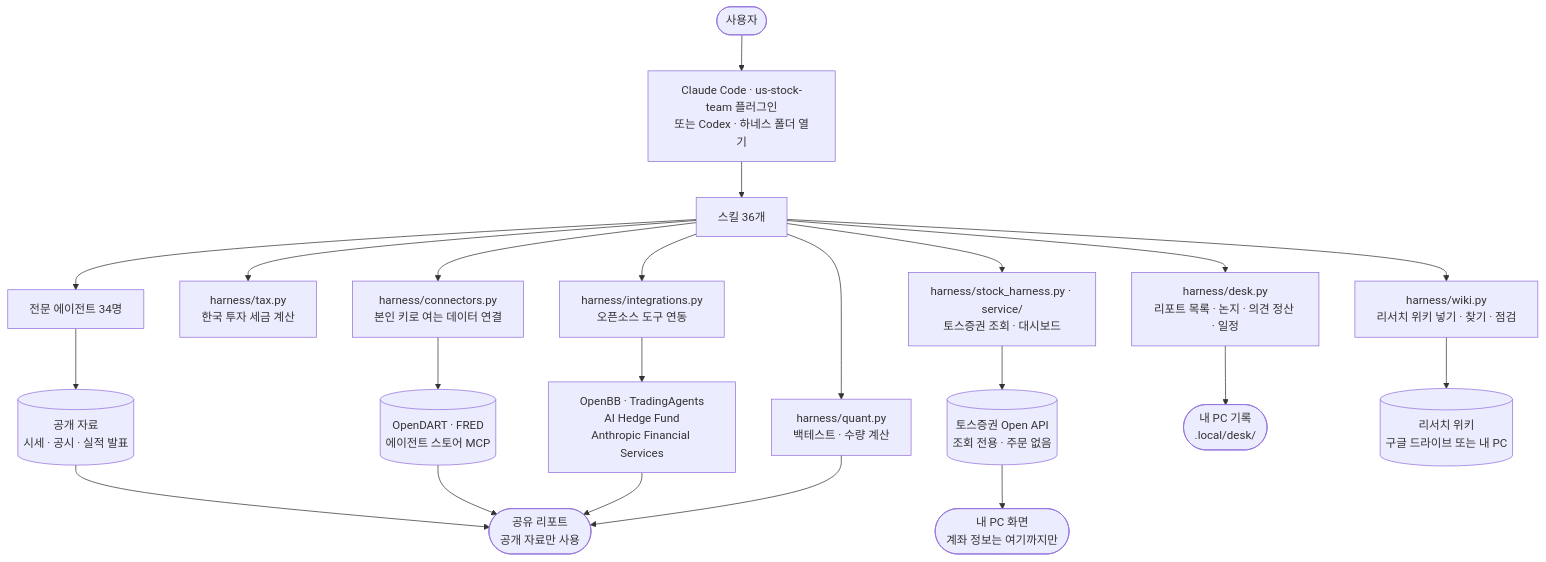
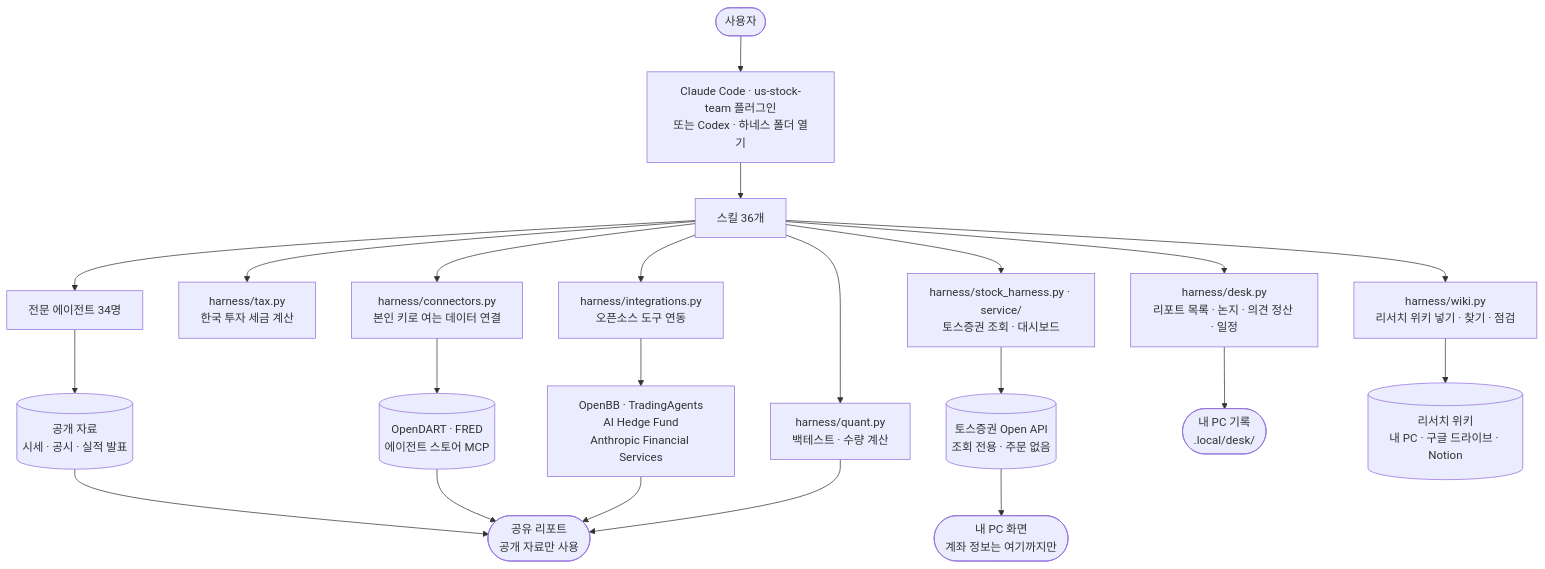
One commit to seulee26/stock-team-harness changed the second of 2 diagrams in README.md. Above: the diagram before and after it, drawn with Mermaid. The commit also changed other lines of this file and 9 other files, not shown here.

````diff
--- a/README.md
+++ b/README.md
@@ -139,26 +139,26 @@
 ```mermaid
 flowchart TD
     U(["사용자"]) --> AI["Claude Code · us-stock-team 플러그인<br/>또는 Codex · 하네스 폴더 열기"]
     AI --> SK["스킬 36개"]
     SK --> AG["전문 에이전트 34명"]
     SK --> TX["harness/tax.py<br/>한국 투자 세금 계산"]
     SK --> WK["harness/wiki.py<br/>리서치 위키 넣기 · 찾기 · 점검"]
     SK --> DK["harness/desk.py<br/>리포트 목록 · 논지 · 의견 정산 · 일정"]
     SK --> QN["harness/quant.py<br/>백테스트 · 수량 계산"]
     SK --> CN["harness/connectors.py<br/>본인 키로 여는 데이터 연결"]
     SK --> HI["harness/integrations.py<br/>오픈소스 도구 연동"]
     SK --> HT["harness/stock_harness.py · service/<br/>토스증권 조회 · 대시보드"]
 
     AG --> PUB[("공개 자료<br/>시세 · 공시 · 실적 발표")]
     CN --> DATA[("OpenDART · FRED<br/>에이전트 스토어 MCP")]
     HI --> OSS["OpenBB · TradingAgents<br/>AI Hedge Fund<br/>Anthropic Financial Services"]
     HT --> TOSS[("토스증권 Open API<br/>조회 전용 · 주문 없음")]
 
     PUB --> REP(["공유 리포트<br/>공개 자료만 사용"])
     DATA --> REP
     OSS --> REP
     QN --> REP
     DK --> LOC(["내 PC 기록<br/>.local/desk/"])
-    WK --> WIKI[("리서치 위키<br/>구글 드라이브 또는 내 PC")]
+    WK --> WIKI[("리서치 위키<br/>내 PC · 구글 드라이브 · Notion")]
     TOSS --> PC(["내 PC 화면<br/>계좌 정보는 여기까지만"])
 ```
````
